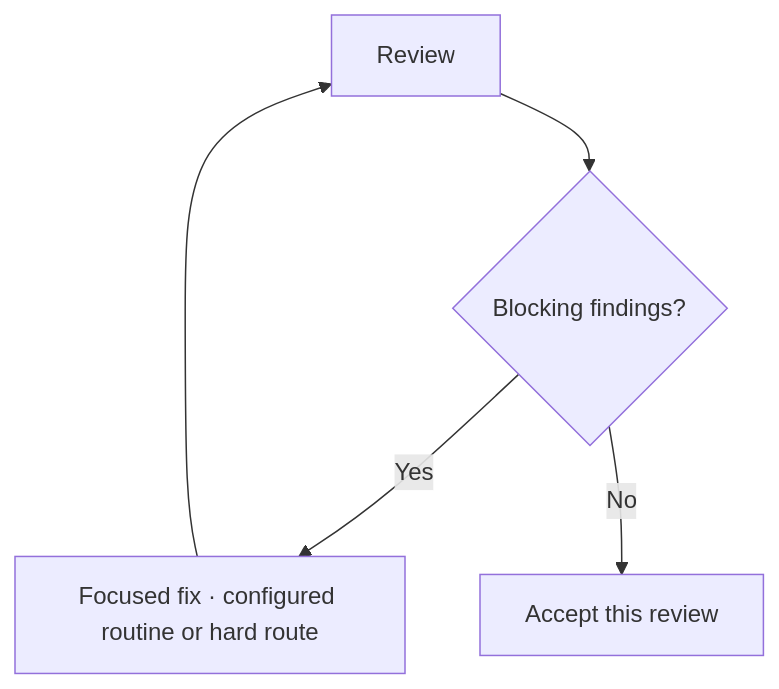
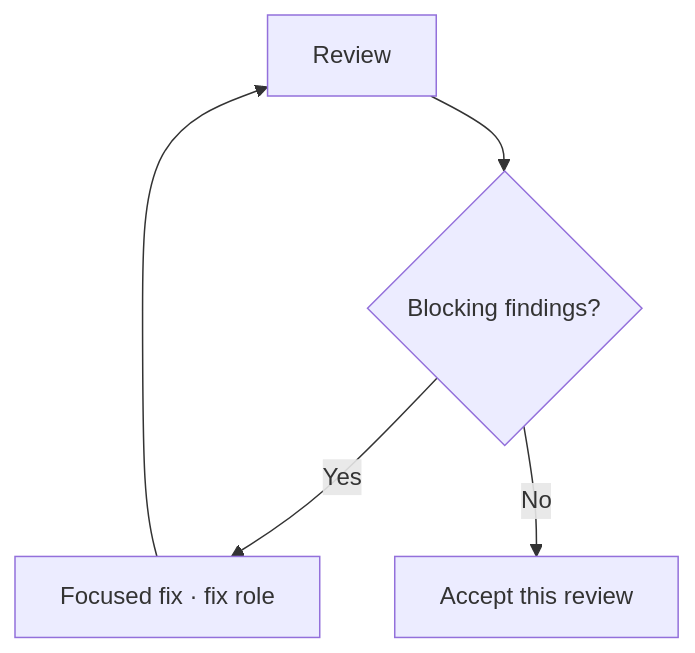
The second of 2 diagrams in docs/skills/work/index.md (alefranz/AgenticAle), drawn with Mermaid before and after one commit. The commit also changed other lines of this file and 96 other files, not shown here.

````diff
--- a/docs/skills/work/index.md
+++ b/docs/skills/work/index.md
@@ -176,7 +173,7 @@
 ```mermaid
 flowchart TD
     Review[Review] --> Findings{Blocking findings?}
-    Findings -->|Yes| Fix[Focused fix · configured routine or hard route]
+    Findings -->|Yes| Fix[Focused fix · fix role]
     Fix --> Review
     Findings -->|No| Accepted[Accept this review]
 ```
````
